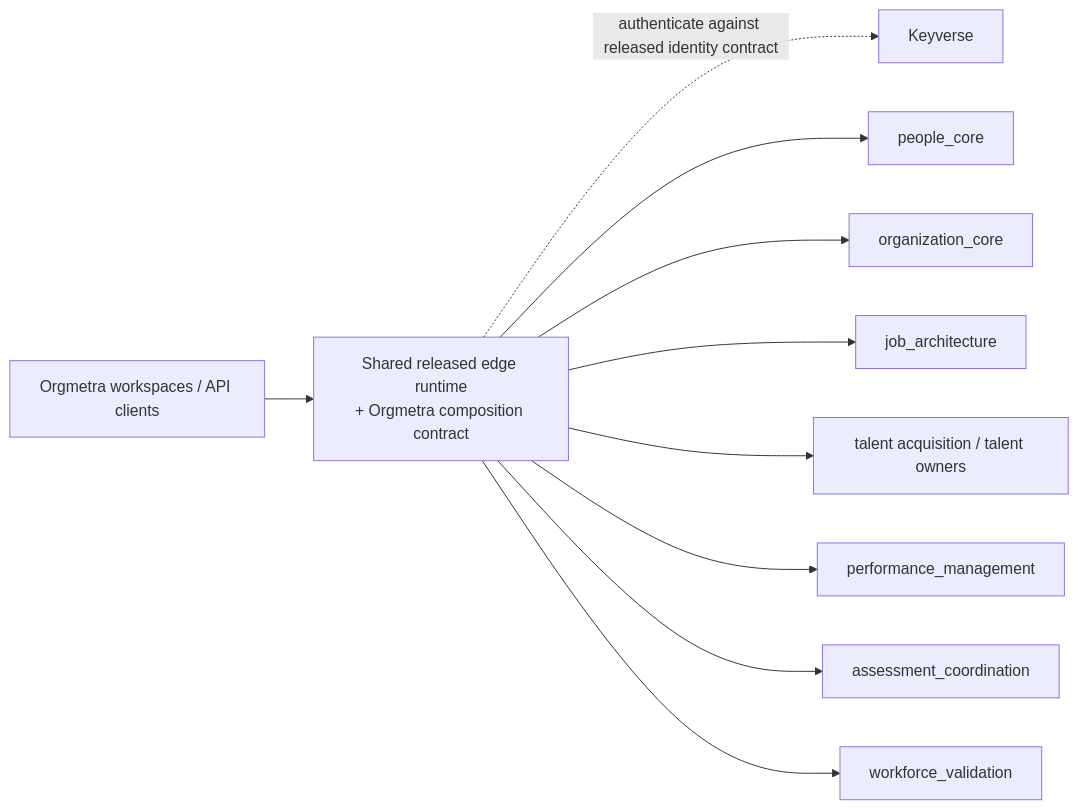
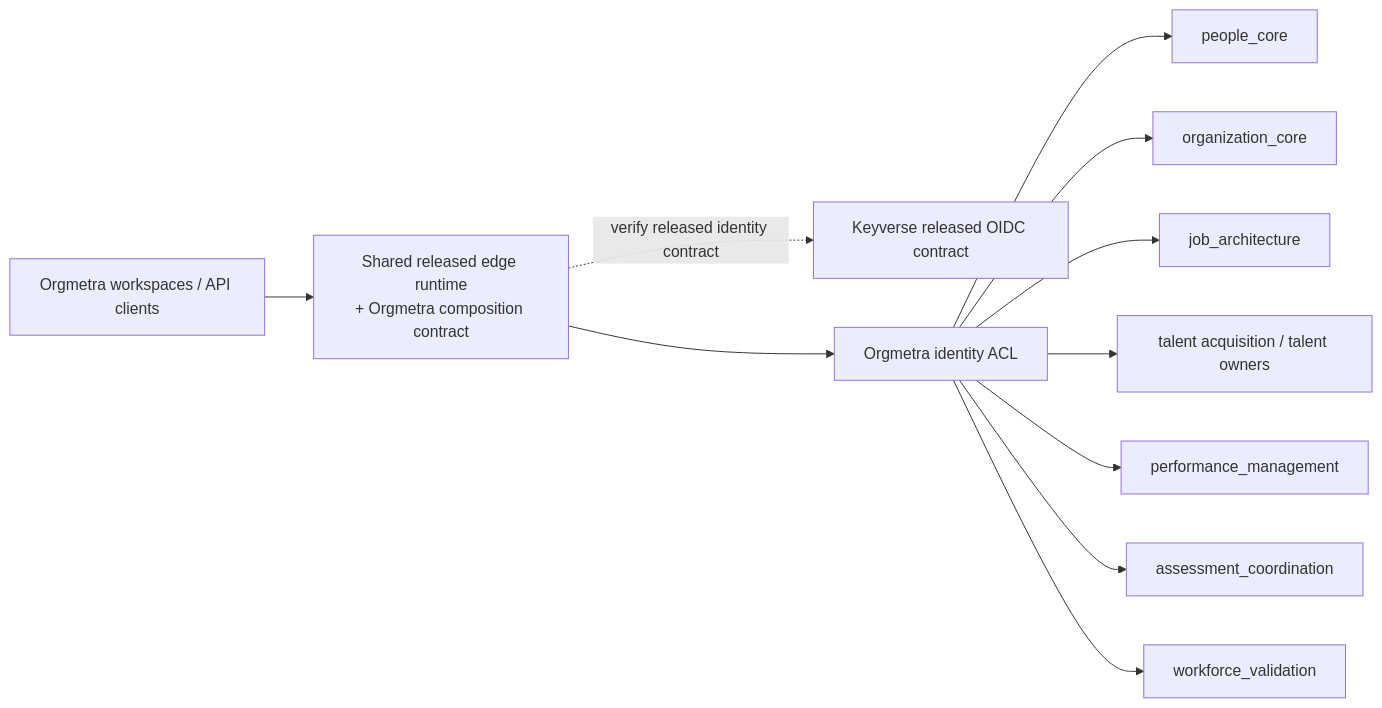
The diagram in docs/traceability/gateway-composition-boundary.md (ContextualWisdomLab/Orgmetra), drawn with Mermaid before and after one commit. The commit also changed other lines of this file, not shown here.

Commit message:
docs(gateway): bind Keyverse release and identity ACL prerequisite

````diff
--- a/docs/traceability/gateway-composition-boundary.md
+++ b/docs/traceability/gateway-composition-boundary.md
@@ -21,23 +25,25 @@
 ```mermaid
 flowchart LR
     client[Orgmetra workspaces / API clients]
     gateway[Shared released edge runtime\n+ Orgmetra composition contract]
-    keyverse[Keyverse]
+    keyverse[Keyverse released OIDC contract]
+    identity_acl[Orgmetra identity ACL]
     people[people_core]
     org[organization_core]
     jobs[job_architecture]
     talent[talent acquisition / talent owners]
     perf[performance_management]
     assess[assessment_coordination]
     validation[workforce_validation]
 
     client --> gateway
-    gateway -. authenticate against released identity contract .-> keyverse
-    gateway --> people
-    gateway --> org
-    gateway --> jobs
-    gateway --> talent
-    gateway --> perf
-    gateway --> assess
-    gateway --> validation
+    gateway -. verify released identity contract .-> keyverse
+    gateway --> identity_acl
+    identity_acl --> people
+    identity_acl --> org
+    identity_acl --> jobs
+    identity_acl --> talent
+    identity_acl --> perf
+    identity_acl --> assess
+    identity_acl --> validation
 ```
````
